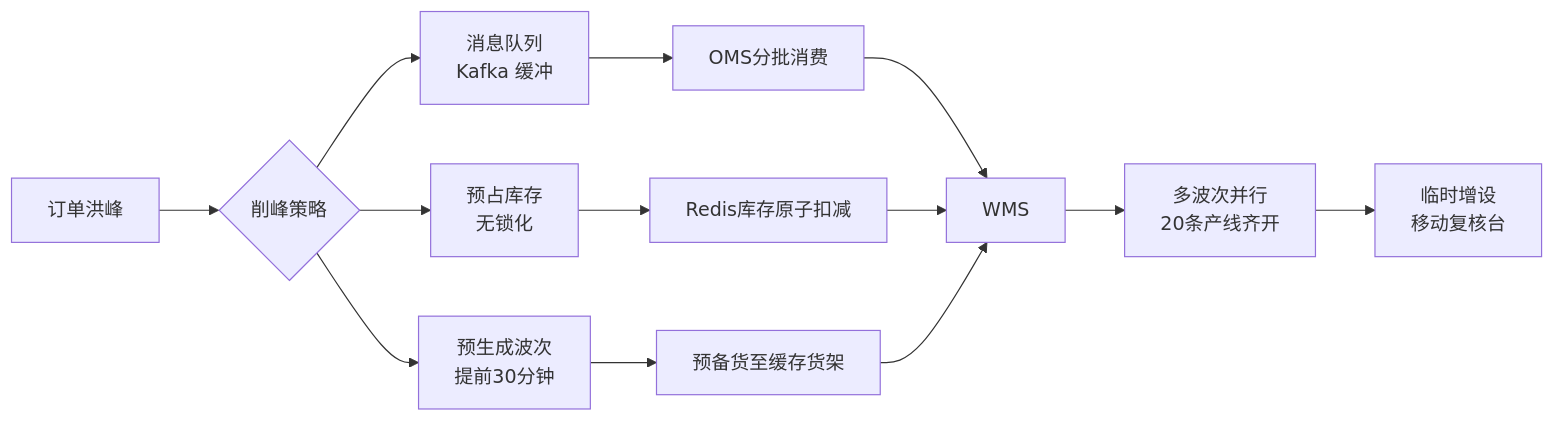
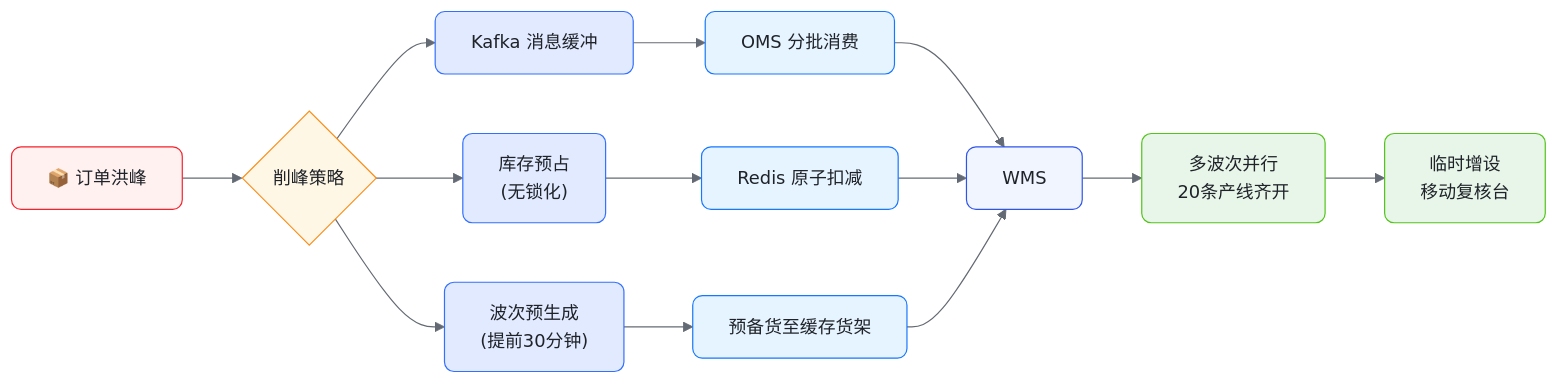
One commit to generous-jiang/jiangzw changed the seventh of 9 diagrams in docs/warehouse-automation-outbound.md. Above: the diagram before and after it, drawn with Mermaid. The commit also changed other lines of this file and 9 other files, not shown here.

First line of the commit message:
docs(style): 应用飞书风主题到所有 Mermaid 图（浅蓝主色 + 圆角 + PingFang）

````diff
--- a/docs/warehouse-automation-outbound.md
+++ b/docs/warehouse-automation-outbound.md
@@ -344,18 +502,37 @@
 ```mermaid
-graph LR
-    A[订单洪峰] --> B{削峰策略}
-    B --> C[消息队列<br/>Kafka 缓冲]
-    B --> D[预占库存<br/>无锁化]
-    B --> E[预生成波次<br/>提前30分钟]
+---
+config:
+  theme: base
+  themeVariables:
+    fontFamily: '-apple-system, BlinkMacSystemFont, "Helvetica Neue", "PingFang SC", "Microsoft YaHei", sans-serif'
+    fontSize: 15px
+    primaryColor: '#E1EAFF'
+    primaryTextColor: '#1F2329'
+    primaryBorderColor: '#3370FF'
+    lineColor: '#646A73'
+    background: '#FFFFFF'
+---
+flowchart LR
+    A["📦 订单洪峰"]:::peak --> B{"削峰策略"}:::decision
+    B --> C["Kafka 消息缓冲"]:::layer1
+    B --> D["库存预占<br/>(无锁化)"]:::layer1
+    B --> E["波次预生成<br/>(提前30分钟)"]:::layer1
 
-    C --> F[OMS分批消费]
-    D --> G[Redis库存原子扣减]
-    E --> H[预备货至缓存货架]
+    C --> F["OMS 分批消费"]:::layer2
+    D --> G["Redis 原子扣减"]:::layer2
+    E --> H["预备货至缓存货架"]:::layer2
 
-    F --> I[WMS]
+    F --> I["WMS"]:::core
     G --> I
     H --> I
 
-    I --> J[多波次并行<br/>20条产线齐开]
-    J --> K[临时增设<br/>移动复核台]
+    I --> J["多波次并行<br/>20条产线齐开"]:::output
+    J --> K["临时增设<br/>移动复核台"]:::output
+
+    classDef peak fill:#FFF1F0,stroke:#F5222D,color:#1F2329,rx:8,ry:8
+    classDef decision fill:#FFF7E6,stroke:#FA8C16,color:#1F2329
+    classDef layer1 fill:#E1EAFF,stroke:#3370FF,color:#1F2329,rx:8,ry:8
+    classDef layer2 fill:#E6F4FF,stroke:#1677FF,color:#1F2329,rx:8,ry:8
+    classDef core fill:#F0F5FF,stroke:#2F54EB,color:#1F2329,rx:8,ry:8
+    classDef output fill:#E8F5E9,stroke:#52C41A,color:#1F2329,rx:8,ry:8
 ```
````
